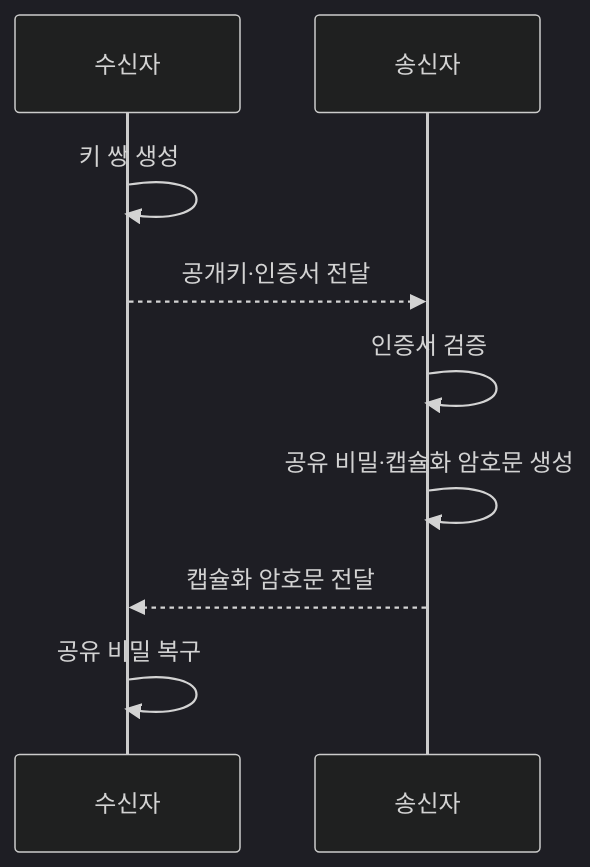
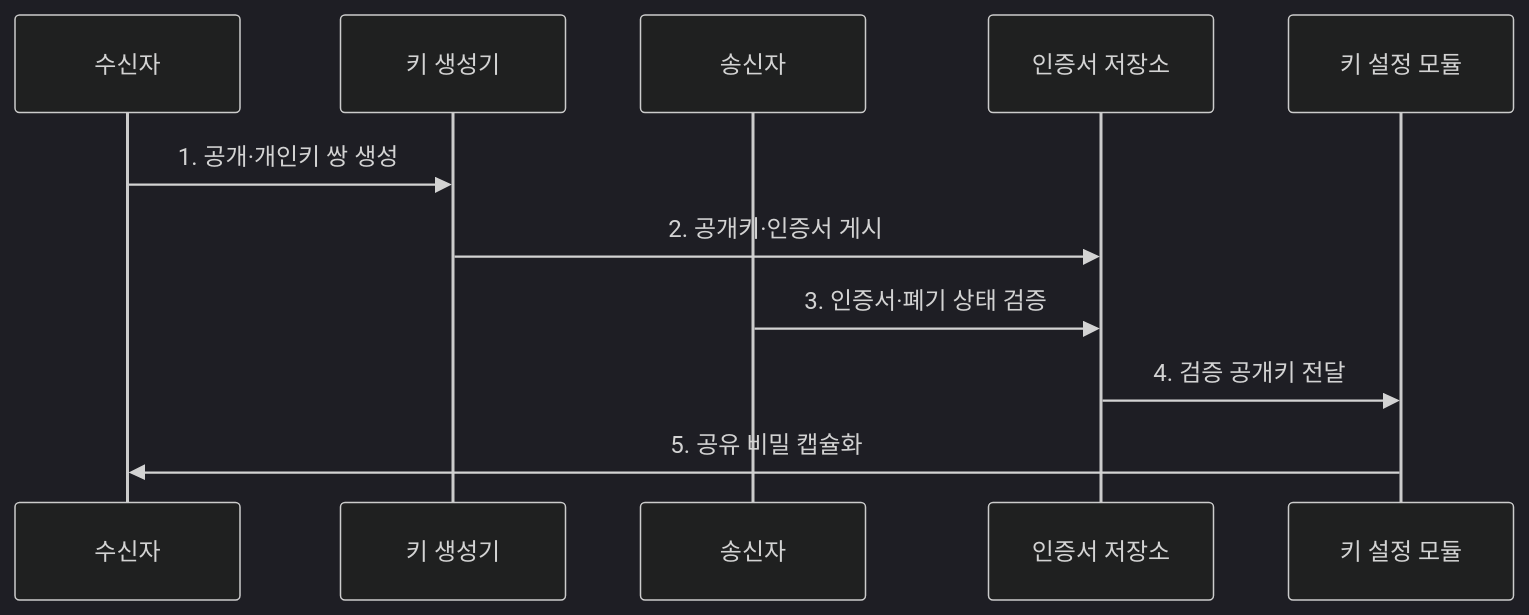
One commit to agnusdei1207/knowledge-base changed the second of 2 diagrams in src/content/docs/notes/05-security/002_asymmetric_encryption.md. Above: the diagram before and after it, drawn with Mermaid (dark theme). The commit also changed other lines of this file and 22 other files, not shown here.

````diff
--- a/src/content/docs/notes/05-security/002_asymmetric_encryption.md
+++ b/src/content/docs/notes/05-security/002_asymmetric_encryption.md
@@ -92,11 +88,13 @@
 ```mermaid
 sequenceDiagram
     participant R as 수신자
+    participant G as 키 생성기
     participant S as 송신자
-    R->>R: 키 쌍 생성
-    R-->>S: 공개키·인증서 전달
-    S->>S: 인증서 검증
-    S->>S: 공유 비밀·캡슐화 암호문 생성
-    S-->>R: 캡슐화 암호문 전달
-    R->>R: 공유 비밀 복구
+    participant C as 인증서 저장소
+    participant K as 키 설정 모듈
+    R->>G: 1. 공개·개인키 쌍 생성
+    G->>C: 2. 공개키·인증서 게시
+    S->>C: 3. 인증서·폐기 상태 검증
+    C->>K: 4. 검증 공개키 전달
+    K->>R: 5. 공유 비밀 캡슐화
 ```
````
